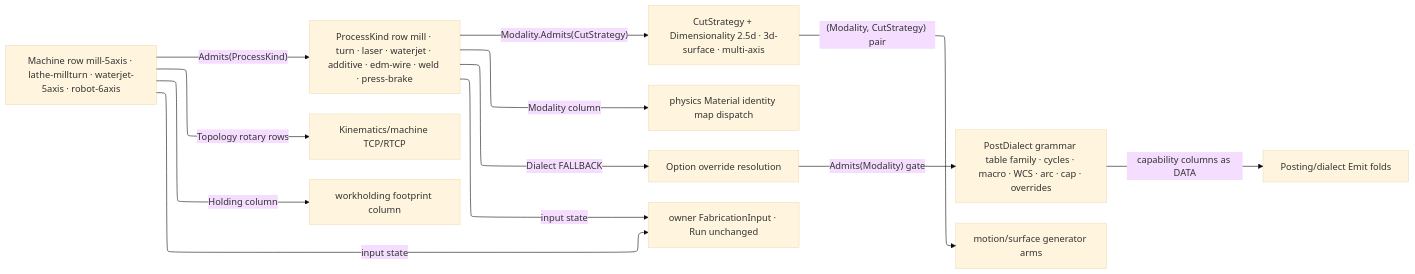
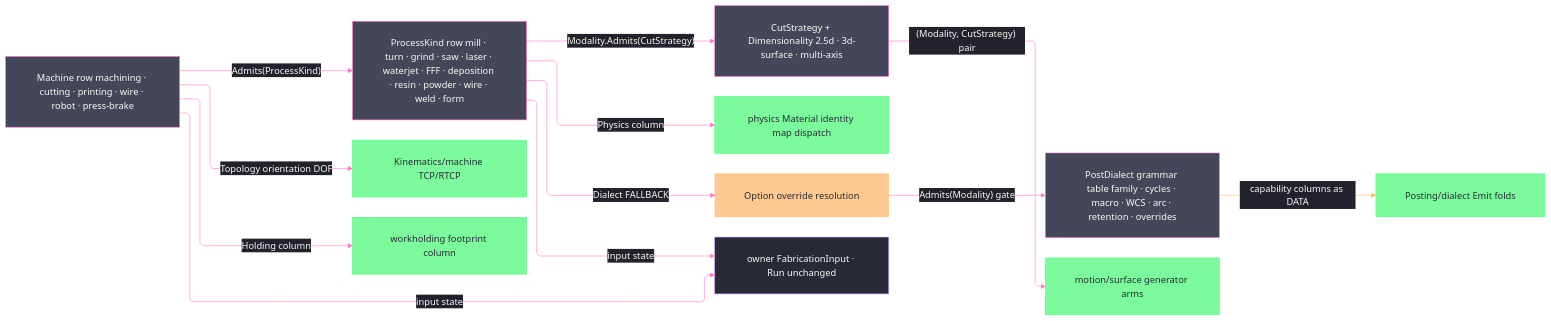
Before and after one commit to bsamiee/Rasm: the diagram in libs/csharp/Rasm.Fabrication/.planning/Process/family.md, drawn with Mermaid. The commit also changed other lines of this file and 128 other files, not shown here.

````diff
--- a/libs/csharp/Rasm.Fabrication/.planning/Process/family.md
+++ b/libs/csharp/Rasm.Fabrication/.planning/Process/family.md
@@ -291,23 +408,52 @@
 ```mermaid
 ---
 config:
+  theme: base
+  look: classic
   layout: elk
-  theme: base
+  flowchart:
+    curve: linear
+    padding: 25
+  themeVariables:
+    darkMode: true
+    fontFamily: "SF Mono, Menlo, Cascadia Mono, Segoe UI Mono, Consolas, monospace"
+    useGradient: false
+    dropShadow: "none"
+    background: "#282A36"
+    primaryColor: "#44475A"
+    primaryTextColor: "#F8F8F2"
+    primaryBorderColor: "#BD93F9"
+    lineColor: "#FF79C6"
+    textColor: "#F8F8F2"
+    edgeLabelBackground: "#21222C"
+    labelBackgroundColor: "#21222C"
+  themeCSS: ".nodeLabel{font-size:13px;font-weight:500}.edgeLabel{font-size:12px;font-weight:500}.cluster-label .nodeLabel{font-size:13.5px;font-weight:700;letter-spacing:.08em}.edge-thickness-normal{stroke-width:2px}.edge-thickness-thick{stroke-width:3px}.edge-pattern-dashed,.edge-pattern-dotted{stroke-width:1.5px;stroke-dasharray:4 6}.node rect,.node circle,.node polygon,.node path,.node .outer-path{stroke-width:1.5px;filter:none!important}.cluster rect{stroke-width:1px!important;stroke-dasharray:5 4!important;filter:none!important}.marker path{transform:scale(.8);transform-origin:5px 5px}.marker circle{transform:scale(.48);transform-origin:5px 5px}.edgeLabel rect{transform-box:fill-box;transform-origin:center;transform:scale(1.1,1.2)}"
 ---
 flowchart LR
-    ProcessKind["ProcessKind row mill · turn · laser · waterjet · additive · edm-wire · weld · press-brake"]
-    Machine["Machine row mill-5axis · lathe-millturn · waterjet-5axis · robot-6axis"]
+    accTitle: Fabrication process-family relations
+    accDescr: Independent process, machine, modality, strategy, and dialect rows join through admitted relations before physics, motion, kinematics, posting, and orchestration consume them.
+    ProcessKind["ProcessKind row mill · turn · grind · saw · laser · waterjet · FFF · deposition · resin · powder · wire · weld · form"]
+    Machine["Machine row machining · cutting · printing · wire · robot · press-brake"]
     Strategy["CutStrategy + Dimensionality 2.5d · 3d-surface · multi-axis"]
-    Dialect["PostDialect grammar table family · cycles · macro · WCS · arc · cap · overrides"]
-    ProcessKind -->|Modality column| Budget["physics Material identity map dispatch"]
+    Dialect["PostDialect grammar table family · cycles · macro · WCS · arc · retention · overrides"]
+    ProcessKind -->|Physics column| Budget["physics Material identity map dispatch"]
     ProcessKind -->|"Modality.Admits(CutStrategy)"| Strategy
     Strategy -->|"(Modality, CutStrategy) pair"| Motion["motion/surface generator arms"]
-    Machine -->|Topology rotary rows| Kin["Kinematics/machine TCP/RTCP"]
+    Machine -->|Topology orientation DOF| Kin["Kinematics/machine TCP/RTCP"]
     Machine -->|Holding column| Clamp["workholding footprint column"]
     Machine -->|"Admits(ProcessKind)"| ProcessKind
     ProcessKind -->|Dialect FALLBACK| Resolve["Option<PostDialect> override resolution"]
     Resolve -->|"Admits(Modality) gate"| Dialect
     Dialect -->|capability columns as DATA| Emit["Posting/dialect Emit folds"]
     ProcessKind -->|input state| Fabrication["owner FabricationInput · Run unchanged"]
     Machine -->|input state| Fabrication
+    linkStyle 8 stroke:#FFB86C,color:#F8F8F2
+    classDef primary fill:#44475A,stroke:#FF79C6,color:#F8F8F2
+    classDef success fill:#50FA7BBF,stroke:#50FA7B,color:#282A36
+    classDef data fill:#FFB86CBF,stroke:#FFB86C,color:#282A36
+    classDef boundary fill:#282A36,stroke:#BD93F9,color:#F8F8F2
+    class ProcessKind,Machine,Strategy,Dialect primary
+    class Budget,Motion,Kin,Clamp,Emit success
+    class Resolve data
+    class Fabrication boundary
 ```
````
